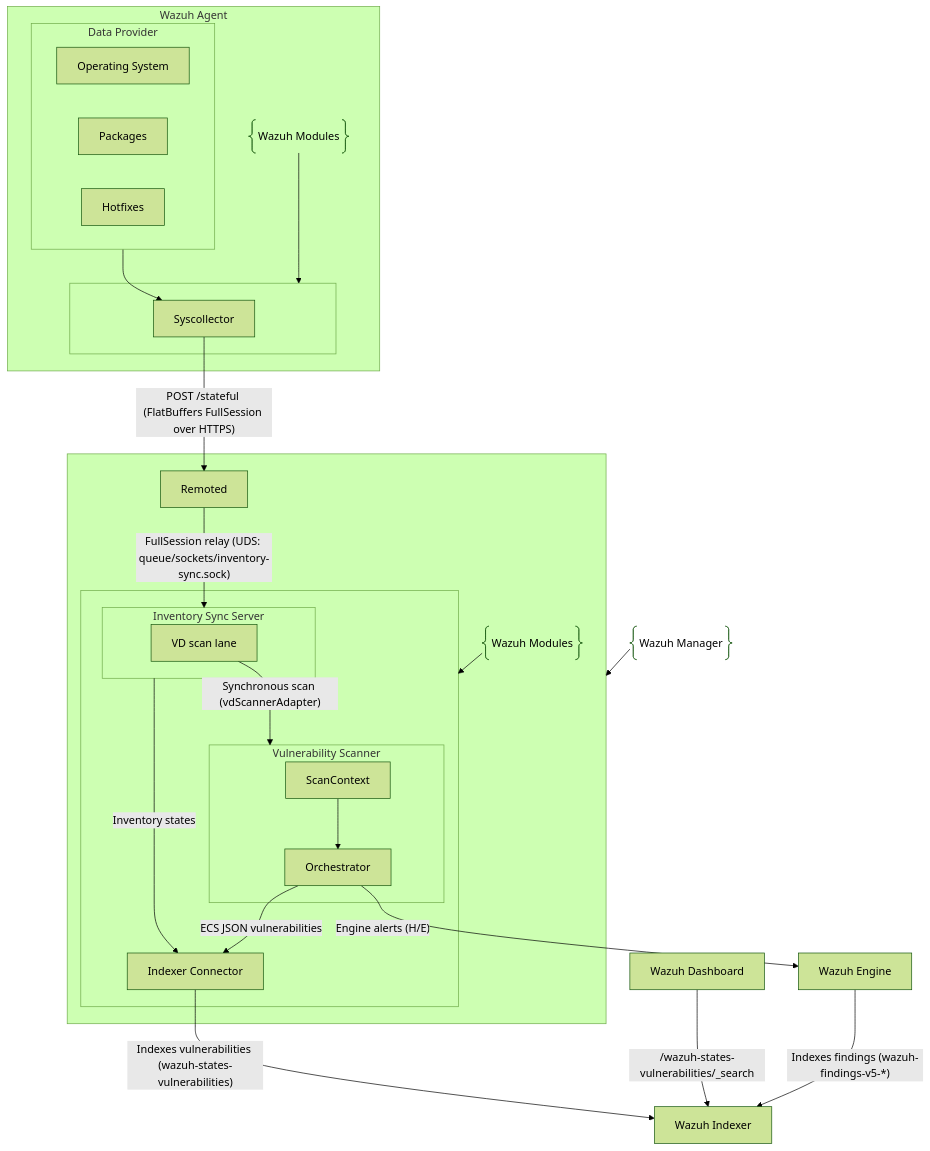
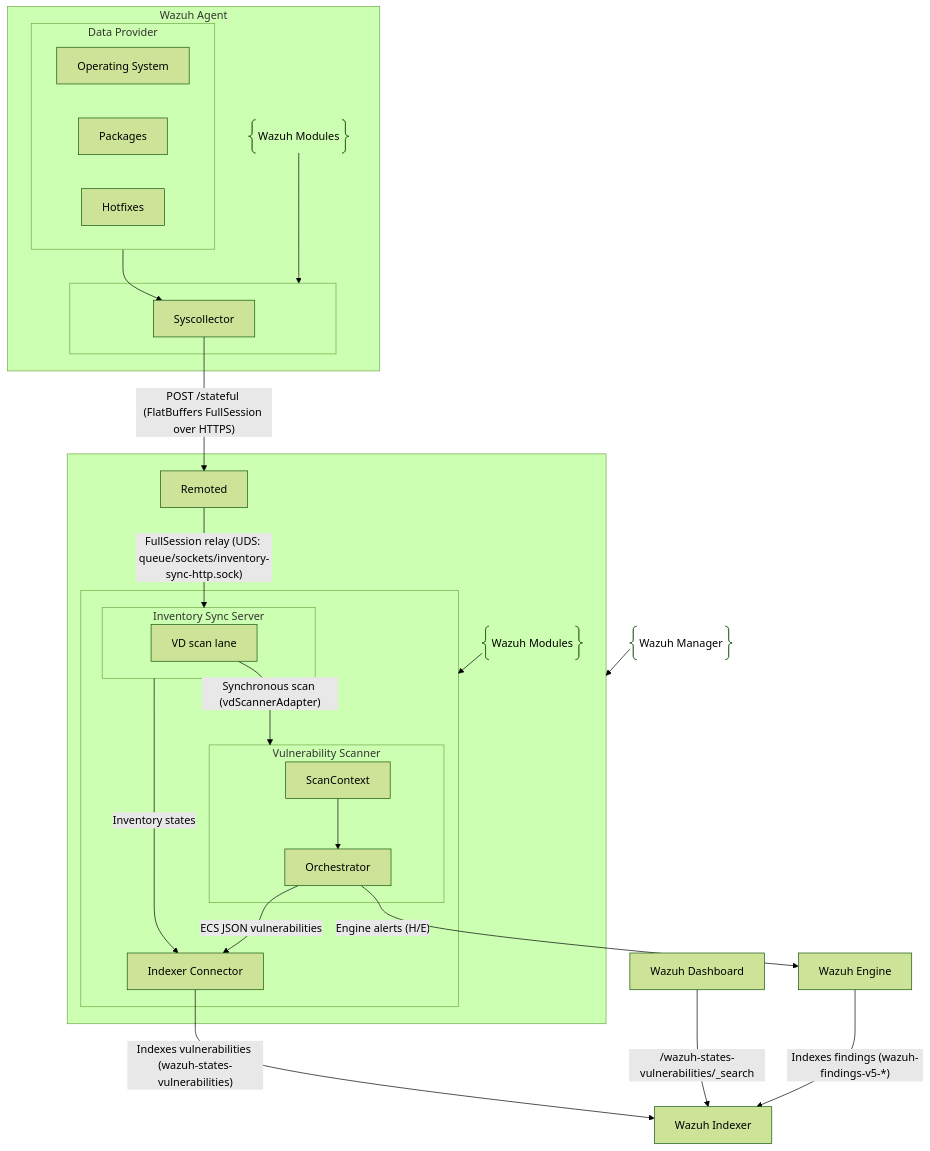
The third of 3 diagrams in docs/ref/modules/vulnerability-scanner/architecture.md (wazuh/wazuh), drawn with Mermaid (forest theme) before and after one commit. The commit also changed 34 other files, not shown here.

First line of the commit message:
refactor: rename the inventory sync server socket to inventory-sync-http.sock

````diff
--- a/docs/ref/modules/vulnerability-scanner/architecture.md
+++ b/docs/ref/modules/vulnerability-scanner/architecture.md
@@ -268,44 +268,44 @@
 ```mermaid
 flowchart TD
 
 subgraph WazuhManager[" "]
   Remoted["Remoted"]
   subgraph WazuhModulesM[" "]
     subgraph InventorySyncServer["Inventory Sync Server"]
       VDLane["VD scan lane"]
     end
     subgraph VulnerabilityScanner["Vulnerability Scanner"]
       ScanContext["ScanContext"]
       Orchestrator["Orchestrator"]
       ScanContext --> Orchestrator
     end
     IndexerConnector["Indexer Connector"]
     InventorySyncServer -- "Inventory states" --> IndexerConnector
     Orchestrator -- "ECS JSON vulnerabilities" --> IndexerConnector
   end
   C@{ shape: braces, label: "Wazuh Modules" } --> WazuhModulesM
-  Remoted -- "FullSession relay (UDS: queue/sockets/inventory-sync.sock)" --> InventorySyncServer
+  Remoted -- "FullSession relay (UDS: queue/sockets/inventory-sync-http.sock)" --> InventorySyncServer
   VDLane -- "Synchronous scan (vdScannerAdapter)" --> VulnerabilityScanner
 end
 B@{ shape: braces, label: "Wazuh Manager" } --> WazuhManager
 IndexerConnector -- "Indexes vulnerabilities (wazuh-states-vulnerabilities)" --> WazuhIndexer
 Orchestrator -- "Engine alerts (H/E)" --> WazuhEngine
 subgraph WazuhAgent["Wazuh Agent"]
   subgraph Providers["Data Provider"]
     OS["Operating System"]
     Packages["Packages"]
     Hotfixes["Hotfixes"]
   end
   subgraph WazuhModulesA[" "]
     Syscollector["Syscollector"]
   end
   A@{ shape: braces, label: "Wazuh Modules" } --> WazuhModulesA
   Syscollector -- "POST /stateful (FlatBuffers FullSession over HTTPS)" --> Remoted
 end
 Providers --> Syscollector
 WazuhIndexer["Wazuh Indexer"]
 WazuhEngine["Wazuh Engine"]
 WazuhEngine -- "Indexes findings (wazuh-findings-v5-*)" --> WazuhIndexer
 WazuhDashboard["Wazuh Dashboard"]
 WazuhDashboard -- /wazuh-states-vulnerabilities/_search --> WazuhIndexer
 ```
````
